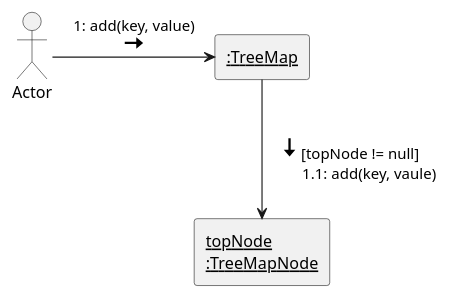
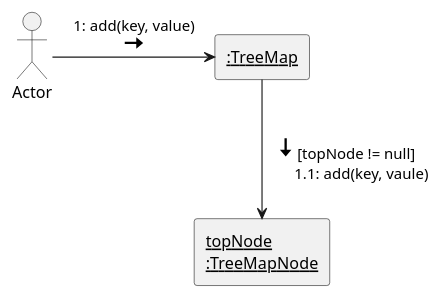
The diagram in Chater 1/Figure_1.5.puml (JongSeob/Draw-UML-in-UML-for-JAVA), drawn with PlantUML before and after one commit. The commit also changed 9 other files, not shown here.

Commit message:
add Chapter 8 and update pumls for pretty diagram

```diff
--- a/Chater 1/Figure_1.5.puml
+++ b/Chater 1/Figure_1.5.puml
@@ -1,17 +1,19 @@
 @startuml Figure_1.5
 ' TreeMap_CollaborationDiagram
 
 actor Actor
 rectangle "<u>:TreeMap</u>" as TreeMap
 rectangle "<u>topNode</u>\n<u>:TreeMapNode</u>" as topNode
 
-Actor   -right-> TreeMap : "1: add(key, value)\n<size:24><&arrow-right></size>"
-TreeMap -down->  topNode : "<size:24><&arrow-bottom></size>[topNode != null]\n          1.1: add(key, vaule)"
+Actor   -> TreeMap   : "1: add(key, value)\n<size:24><&arrow-right></size>"
+TreeMap -->  topNode : "<size:24><&arrow-bottom></size>[topNode != null]\n\t1.1: add(key, vaule)"
 
 'Others icons
+' 사용 가능한 모든 아이콘은 아래 URL에서 확인 가능하다.
+' https://github.com/plantuml/plantuml/blob/bc1074a7758e80c523aa51c4665fc23949827980/src/net/sourceforge/plantuml/openiconic/data/all.txt
 '<&arrow-left>
 '<&arrow-right>
 '<&arrow-top>
 '<&arrow-bottom>
 '<&loop-circular>
 @enduml
```
